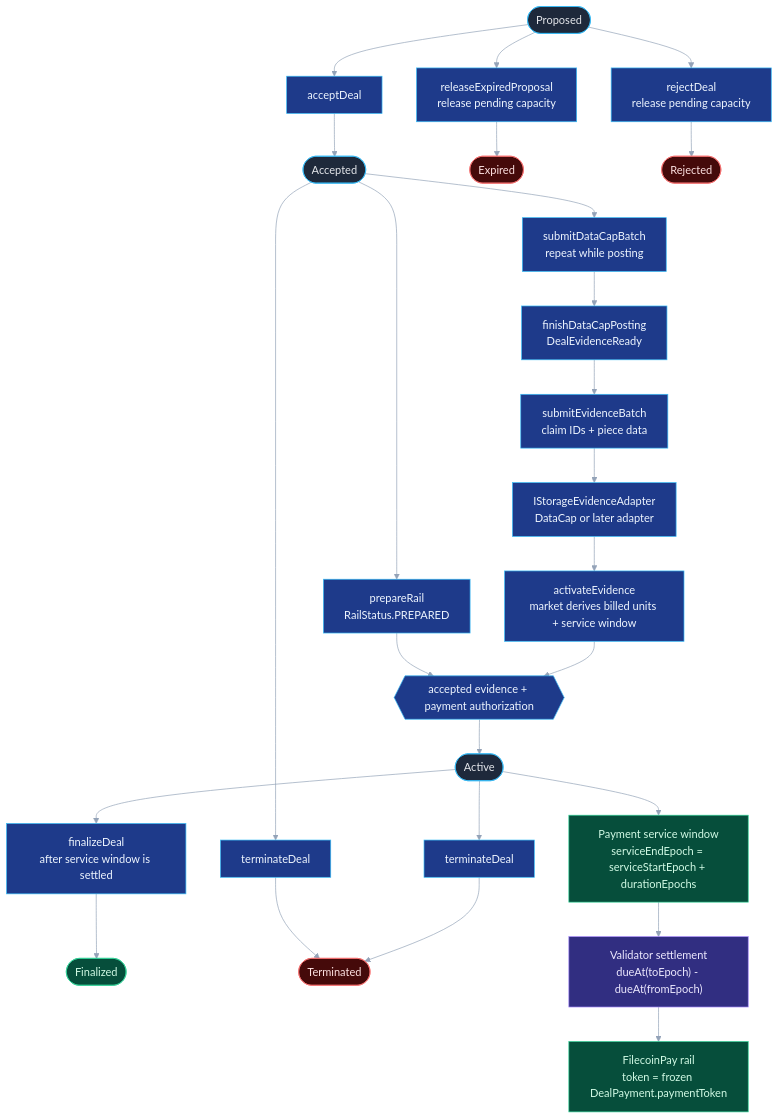
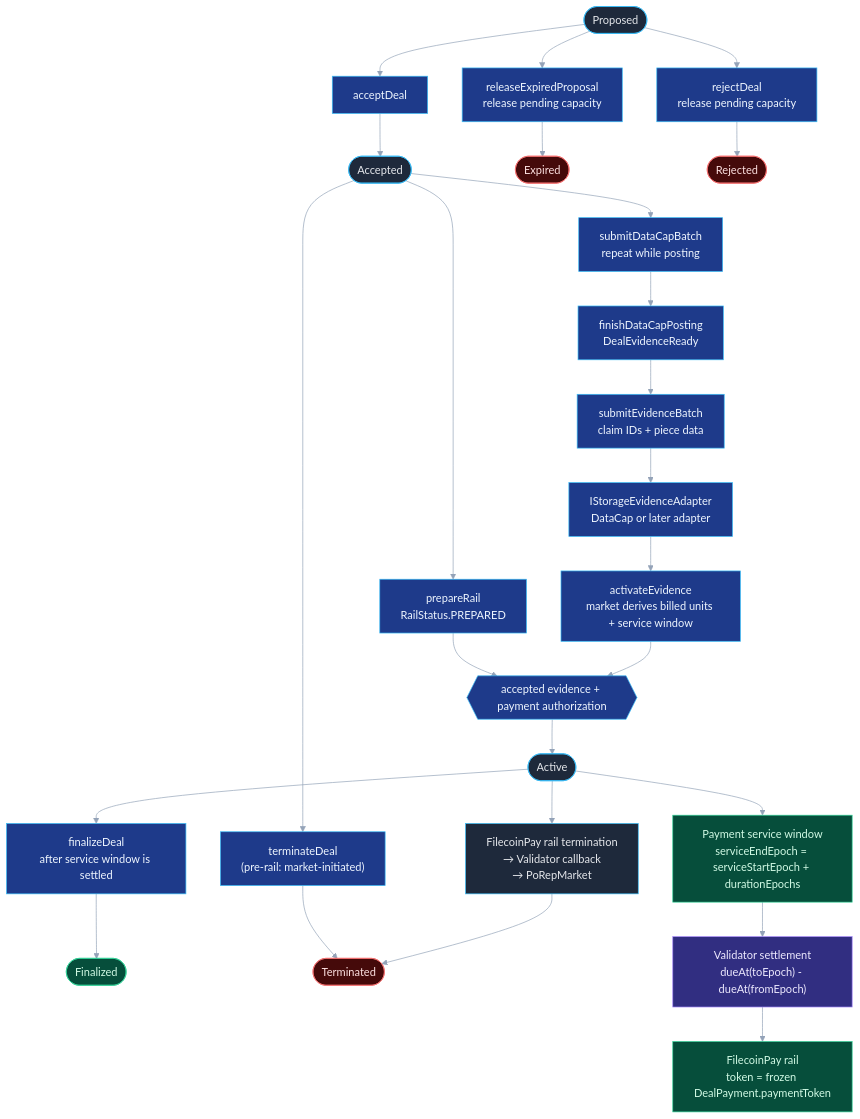
The second of 2 diagrams in docs/specs/porep-v2-architecture-diagrams.md (fidlabs/porep-market), drawn with Mermaid before and after one commit. The commit also changed 2 other files, not shown here.

Commit message:
docs: fix spec contradictions and correct protocol facts

````diff
--- a/docs/specs/porep-v2-architecture-diagrams.md
+++ b/docs/specs/porep-v2-architecture-diagrams.md
@@ -52,53 +52,53 @@
 ```mermaid
 %%{init: {"theme": "base", "themeVariables": {"background": "#0f172a", "mainBkg": "#1e293b", "primaryColor": "#1e293b", "primaryTextColor": "#e5e7eb", "primaryBorderColor": "#38bdf8", "lineColor": "#94a3b8", "secondaryColor": "#064e3b", "secondaryTextColor": "#d1fae5", "secondaryBorderColor": "#34d399", "tertiaryColor": "#422006", "tertiaryTextColor": "#ffedd5", "tertiaryBorderColor": "#f59e0b", "clusterBkg": "#111827", "clusterBorder": "#475569", "edgeLabelBackground": "#0f172a", "fontFamily": "ui-monospace, SFMono-Regular, Menlo, Monaco, Consolas, monospace"}}}%%
 flowchart TB
     proposed(["Proposed"])
     acceptAction["acceptDeal"]
     accepted(["Accepted"])
     railPrep["prepareRail<br/>RailStatus.PREPARED"]
     datacapBatch["submitDataCapBatch<br/>repeat while posting"]
     datacapReady["finishDataCapPosting<br/>DealEvidenceReady"]
     evidenceBatch["submitEvidenceBatch<br/>claim IDs + piece data"]
     adapter["IStorageEvidenceAdapter<br/>DataCap or later adapter"]
     evidenceAction["activateEvidence<br/>market derives billed units + service window"]
     activationGate{{"accepted evidence + payment authorization"}}
     active(["Active"])
     finalizeAction["finalizeDeal<br/>after service window is settled"]
     finalized(["Finalized"])
     expireAction["releaseExpiredProposal<br/>release pending capacity"]
     expired(["Expired"])
     rejectAction["rejectDeal<br/>release pending capacity"]
     rejected(["Rejected"])
-    terminateFromAccepted["terminateDeal"]
-    terminateFromActive["terminateDeal"]
+    terminateFromAccepted["terminateDeal<br/>(pre-rail: market-initiated)"]
+    railTermination["FilecoinPay rail termination<br/>→ Validator callback<br/>→ PoRepMarket"]
     terminated(["Terminated"])
 
     proposed --> acceptAction --> accepted
     proposed --> expireAction --> expired
     proposed --> rejectAction --> rejected
 
     accepted --> railPrep
     accepted --> datacapBatch --> datacapReady --> evidenceBatch --> adapter --> evidenceAction
     railPrep --> activationGate
     evidenceAction --> activationGate
     activationGate --> active
     accepted --> terminateFromAccepted --> terminated
-    active --> terminateFromActive --> terminated
+    active --> railTermination --> terminated
     active --> finalizeAction --> finalized
 
     active --> service["Payment service window<br/>serviceEndEpoch = serviceStartEpoch + durationEpochs"]
     service --> validator["Validator settlement<br/>dueAt(toEpoch) - dueAt(fromEpoch)"]
     validator --> filecoinPay["FilecoinPay rail<br/>token = frozen DealPayment.paymentToken"]
 
     classDef state fill:#1e293b,stroke:#38bdf8,color:#e5e7eb
     classDef final fill:#064e3b,stroke:#34d399,color:#d1fae5
     classDef stop fill:#450a0a,stroke:#f87171,color:#fee2e2
     classDef payment fill:#312e81,stroke:#a78bfa,color:#ede9fe
     classDef action fill:#1e3a8a,stroke:#38bdf8,color:#eff6ff
 
     class proposed,accepted,active state
     class finalized,service,filecoinPay final
     class expired,rejected,terminated stop
     class acceptAction,railPrep,datacapBatch,datacapReady,evidenceBatch,adapter,evidenceAction,activationGate,finalizeAction,expireAction,rejectAction,terminateFromAccepted,terminateFromActive action
     class validator payment
 ```
````
